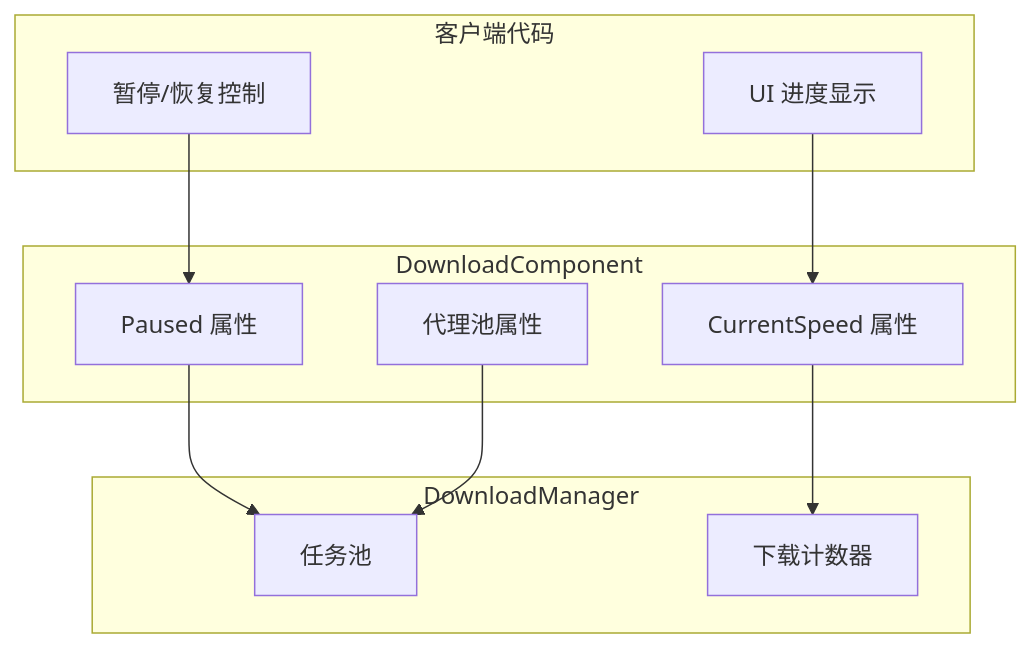
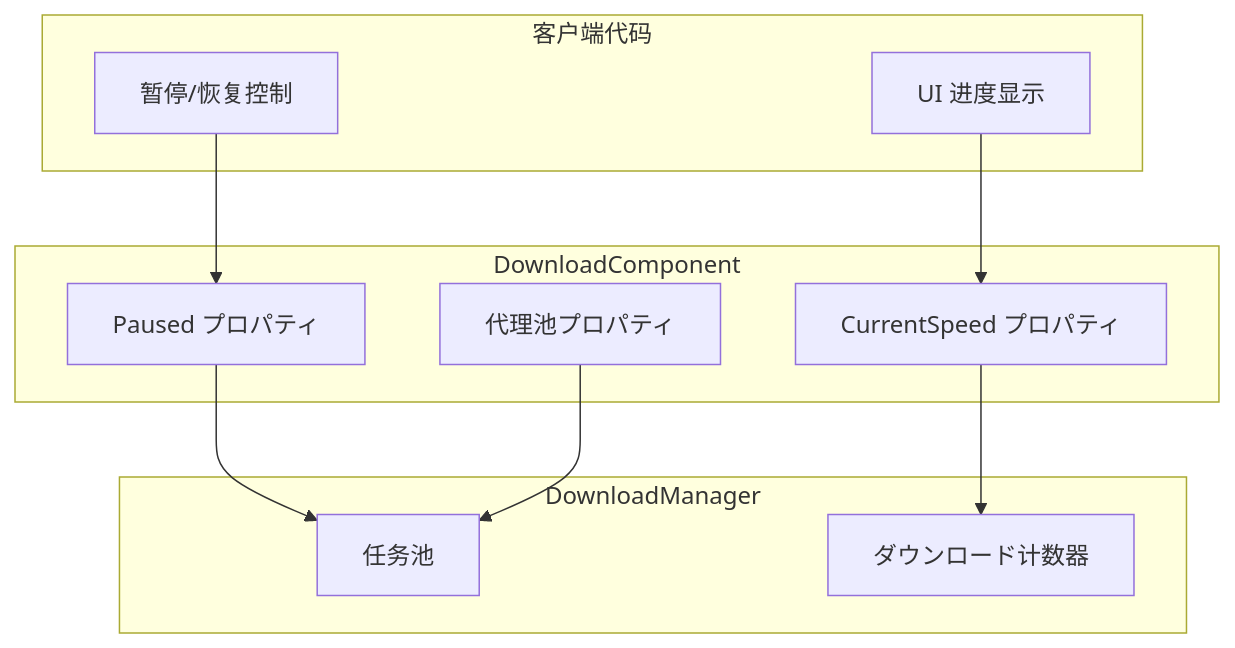
One commit to AlianBlank/GameFrameX.Docs changed the second of 2 diagrams in docs/ja/client/unity/component/download/09.properties.md. Above: the diagram before and after it, drawn with Mermaid. The commit also changed other lines of this file and 603 other files, not shown here.

````diff
--- a/docs/ja/client/unity/component/download/09.properties.md
+++ b/docs/ja/client/unity/component/download/09.properties.md
@@ -232,24 +232,24 @@
 ```mermaid
 flowchart TD
     subgraph Client["客户端代码"]
         UI[UI 进度显示]
         Ctrl[暂停/恢复控制]
     end
     
     subgraph DownloadComponent["DownloadComponent"]
-        PausedProp["Paused 属性"]
-        SpeedProp["CurrentSpeed 属性"]
-        AgentProps["代理池属性"]
+        PausedProp["Paused プロパティ"]
+        SpeedProp["CurrentSpeed プロパティ"]
+        AgentProps["代理池プロパティ"]
     end
     
     subgraph DownloadManager["DownloadManager"]
         TaskPool[任务池]
-        Counter[下载计数器]
+        Counter[ダウンロード计数器]
     end
     
     UI --> SpeedProp
     SpeedProp --> Counter
     Ctrl --> PausedProp
     PausedProp --> TaskPool
     AgentProps --> TaskPool
 ```
````
